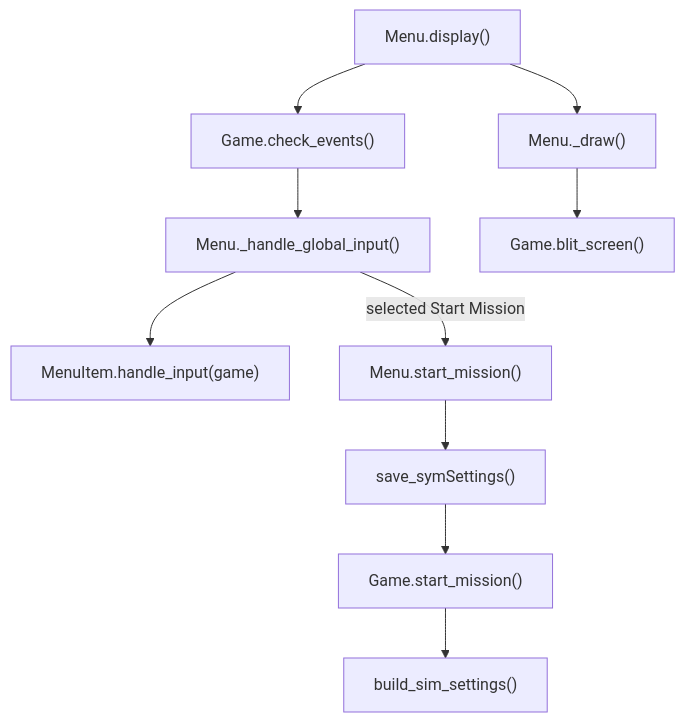
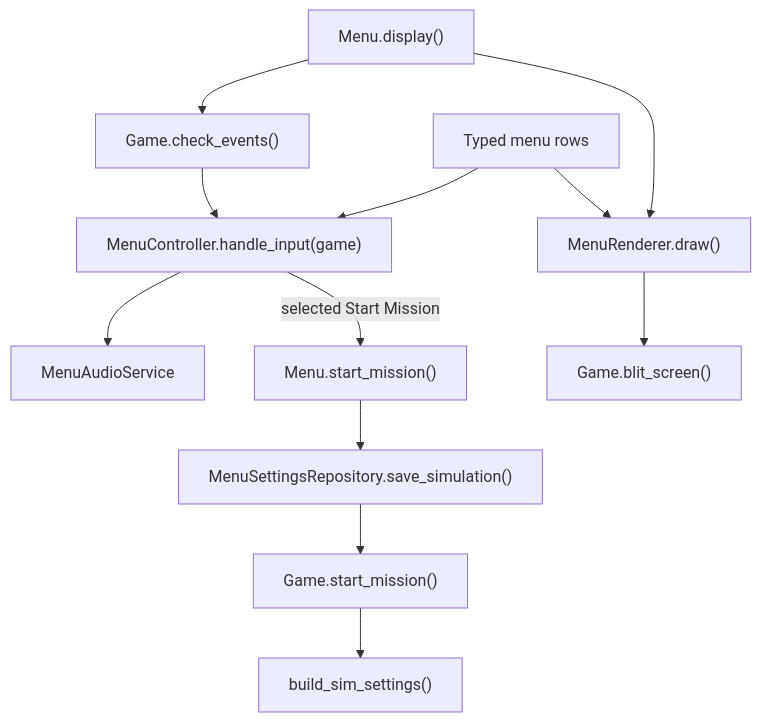
The third of 14 diagrams in CODEFLOW.md (Gmark117/Cave_Game), drawn with Mermaid before and after one commit. The commit also changed other lines of this file and 82 other files, not shown here.

````diff
--- a/CODEFLOW.md
+++ b/CODEFLOW.md
@@ -131,19 +140,22 @@
 ```mermaid
 flowchart TD
     Display["Menu.display()"]
     Events["Game.check_events()"]
-    Input["Menu._handle_global_input()"]
-    Item["MenuItem.handle_input(game)"]
-    Draw["Menu._draw()"]
+    Input["MenuController.handle_input(game)"]
+    Models["Typed menu rows"]
+    Draw["MenuRenderer.draw()"]
     Blit["Game.blit_screen()"]
     Start["Menu.start_mission()"]
-    Save["save_symSettings()"]
+    Save["MenuSettingsRepository.save_simulation()"]
+    Audio["MenuAudioService"]
     Build["build_sim_settings()"]
     GameStart["Game.start_mission()"]
 
     Display --> Events --> Input
-    Input --> Item
+    Models --> Input
+    Models --> Draw
+    Input --> Audio
     Input -->|"selected Start Mission"| Start
     Start --> Save --> GameStart --> Build
     Display --> Draw --> Blit
 ```
````
